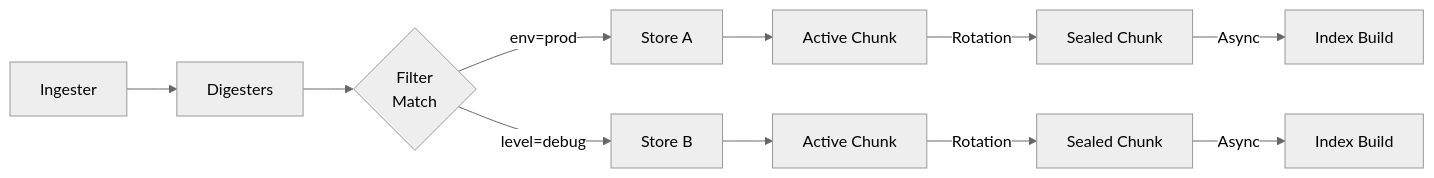
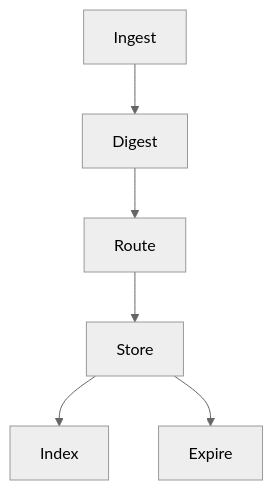
Before and after one commit to kluzzebass/gastrolog: the diagram in frontend/src/help/general-concepts.md, drawn with Mermaid (neutral theme). The commit also changed other lines of this file and 29 other files, not shown here.

````diff
--- a/frontend/src/help/general-concepts.md
+++ b/frontend/src/help/general-concepts.md
@@ -52,13 +46,8 @@
 ```mermaid
-flowchart LR
-    A[Ingester] --> B[Digesters]
-    B --> C{Filter<br/>Match}
-    C -->|env=prod| D[Store A]
-    C -->|level=debug| E[Store B]
-    D --> F1[Active Chunk]
-    E --> F2[Active Chunk]
-    F1 -->|Rotation| G1[Sealed Chunk]
-    F2 -->|Rotation| G2[Sealed Chunk]
-    G1 -->|Async| H1[Index Build]
-    G2 -->|Async| H2[Index Build]
+flowchart TD
+    A[Ingest] --> B[Digest]
+    B --> C[Route]
+    C --> D[Store]
+    D --> E[Index]
+    D --> F[Expire]
 ```
````
